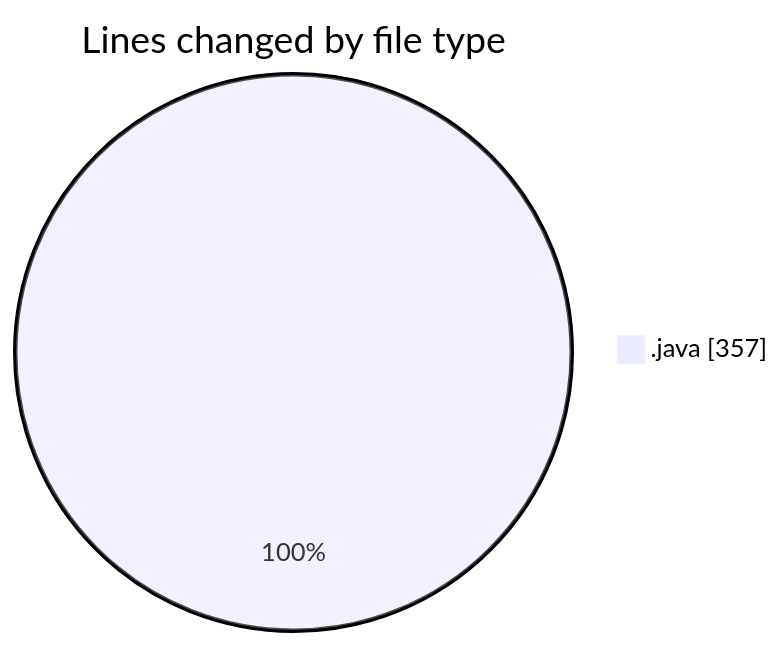
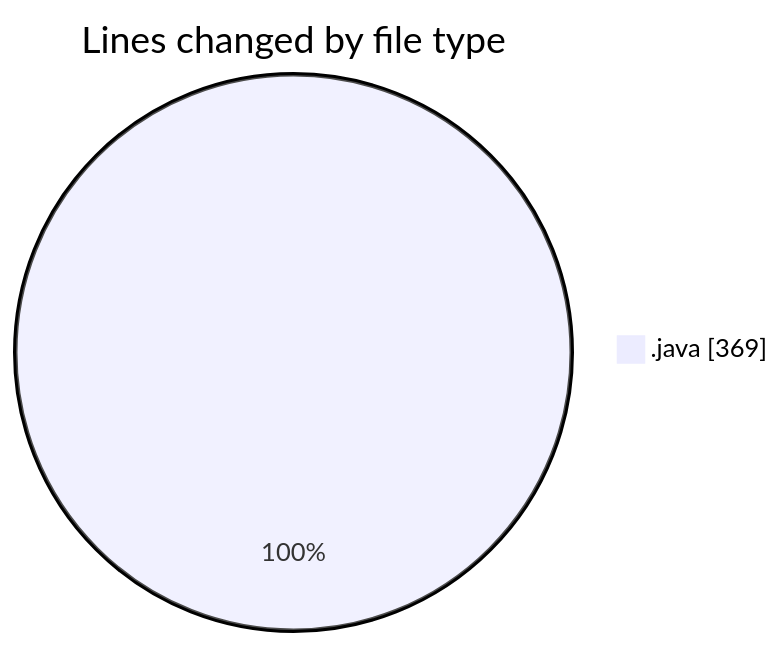
Before and after one commit to ricardozamudiocil/code-tracking: the first of 2 diagrams in 2026-05-22/cilapp/README.md, drawn with Mermaid. The commit also changed other lines of this file and 1 other file, not shown here.

````diff
--- a/2026-05-22/cilapp/README.md
+++ b/2026-05-22/cilapp/README.md
@@ -21,5 +21,5 @@
 ```mermaid
 pie showData
 title Lines changed by file type
-".java" : 357
+".java" : 369
 ```
````
